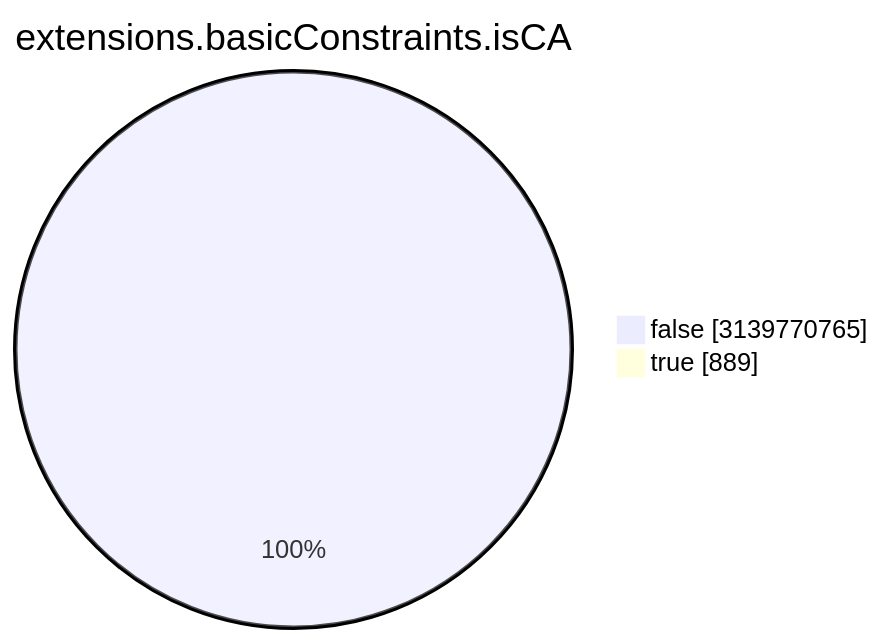
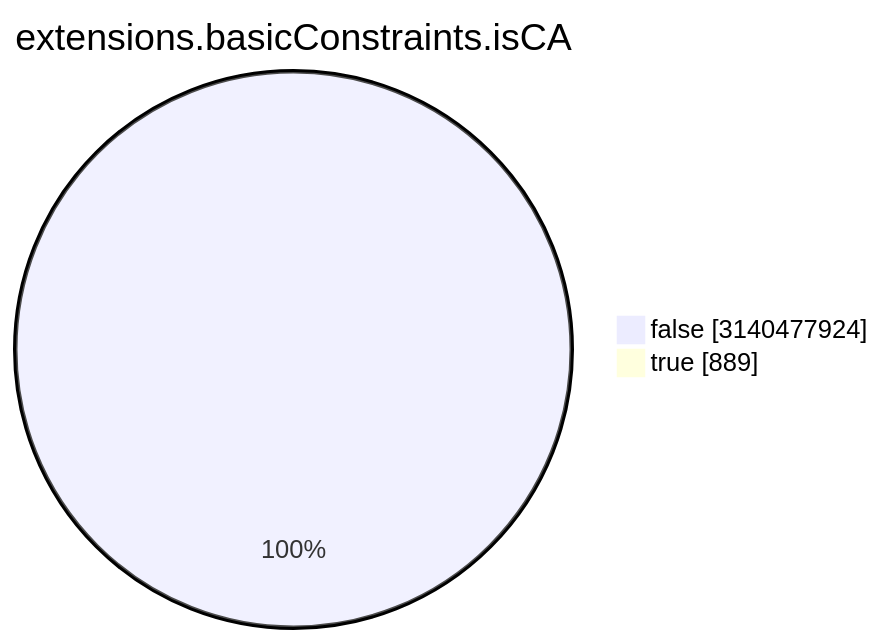
Before and after one commit to christiankrug/ctmonitor_visualization: the seventh of 15 diagrams in TOTAL/README.md, drawn with Mermaid. The commit also changed other lines of this file, not shown here.

````diff
--- a/TOTAL/README.md
+++ b/TOTAL/README.md
@@ -3088,6 +3088,6 @@
 ```mermaid
 pie showData
 title extensions.basicConstraints.isCA
-"false" :3139770765
+"false" :3140477924
 "true" :889
 ```
````
